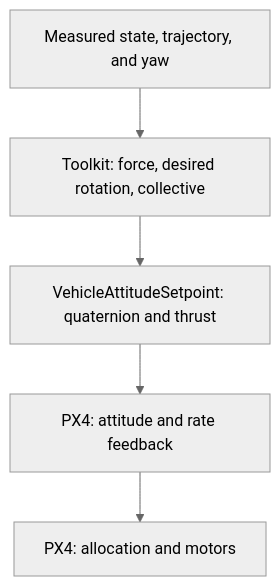
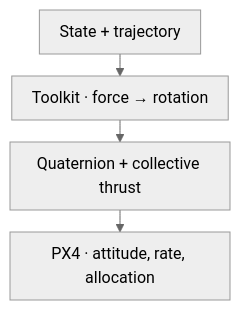
One commit to ANCL/px4-dev-toolkit changed the diagram in docs/controllers/se3/attitude.md. Above: the diagram before and after it, drawn with Mermaid (neutral theme). The commit also changed other lines of this file and 41 other files, not shown here.

Commit message:
docs: refine typography, diagrams, and editorial presentation

````diff
--- a/docs/controllers/se3/attitude.md
+++ b/docs/controllers/se3/attitude.md
@@ -5,7 +5,15 @@
 ```mermaid
+---
+config:
+  flowchart:
+    useMaxWidth: false
+    wrappingWidth: 180
+    padding: 10
+    rankSpacing: 22
+    nodeSpacing: 24
+---
 flowchart TB
-    I[Measured state, trajectory, and yaw] --> T[Toolkit: force, desired rotation, collective]
-    T --> S[VehicleAttitudeSetpoint: quaternion and thrust]
-    S --> P[PX4: attitude and rate feedback]
-    P --> A[PX4: allocation and motors]
+    I["State + trajectory"] --> T["Toolkit · force → rotation"]
+    T --> S["Quaternion + collective thrust"]
+    S --> P["PX4 · attitude, rate, allocation"]
 ```
````
